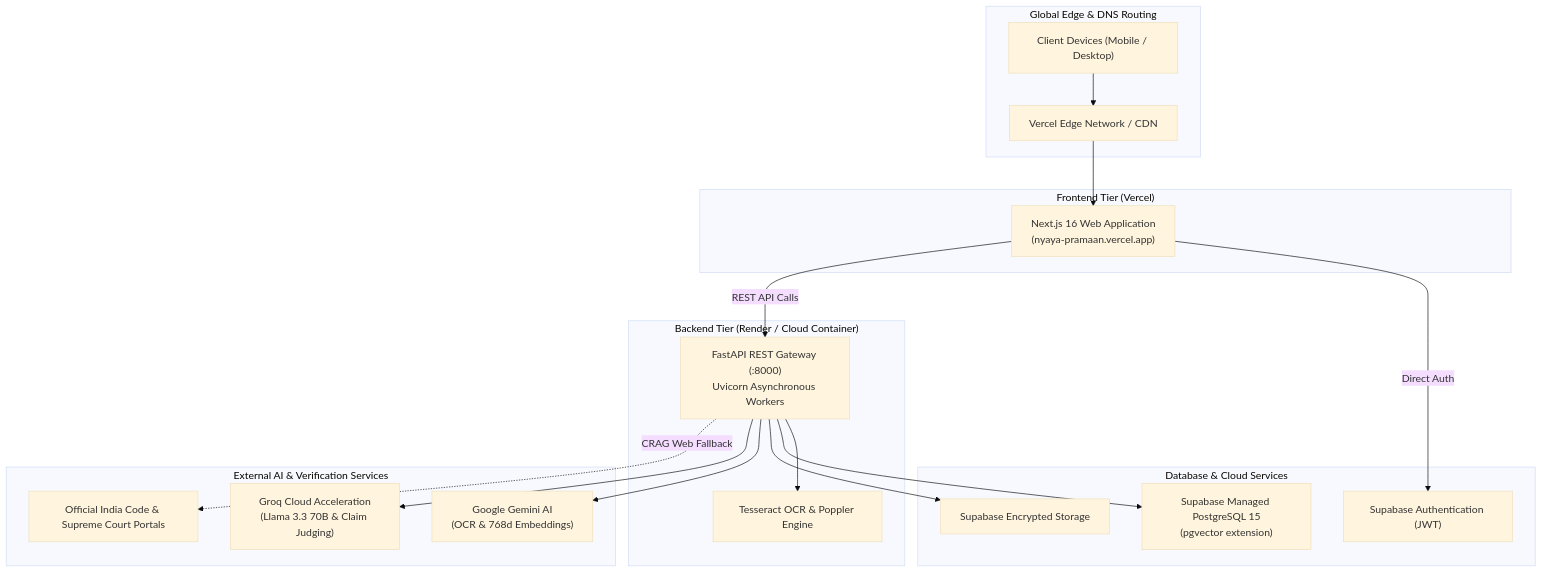
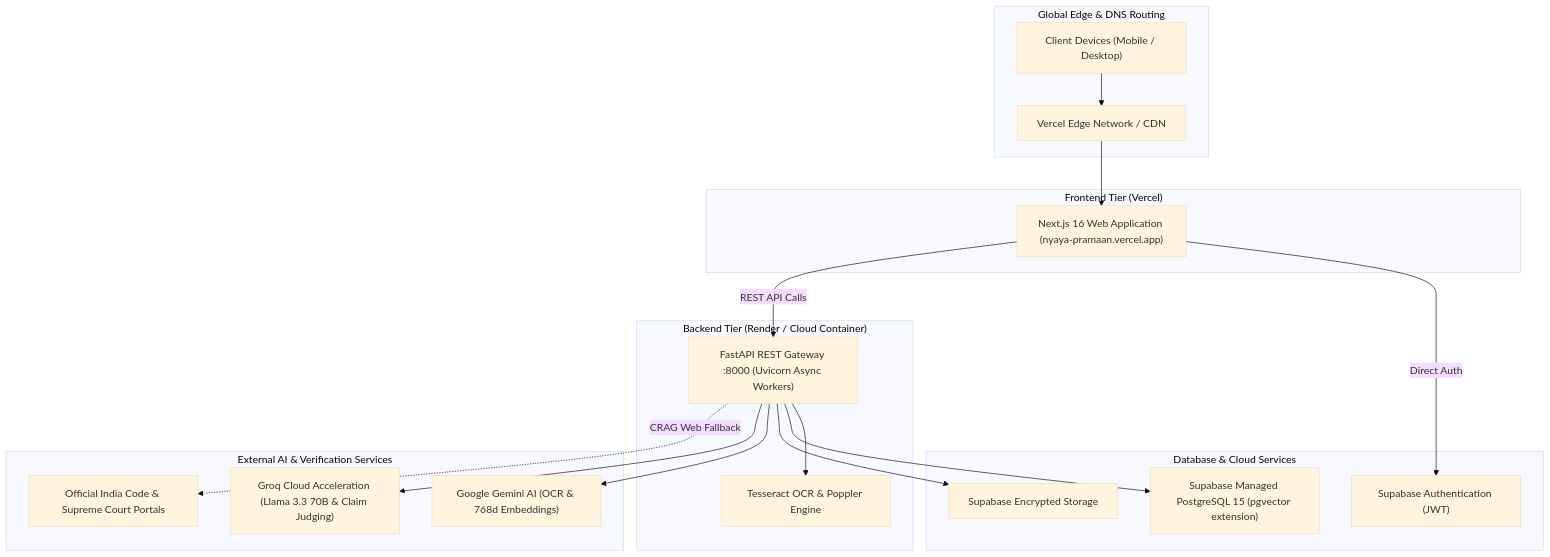
One commit to tanisha-64/NyayaPramaan changed the tenth of 10 diagrams in README.md. Above: the diagram before and after it, drawn with Mermaid (base theme). The commit also changed other lines of this file, not shown here.

Commit message:
docs: audit and fix all mermaid diagrams, security placeholders, and technical claims

````diff
--- a/README.md
+++ b/README.md
@@ -1155,39 +1182,39 @@
 ```mermaid
 flowchart TD
     subgraph EdgeDNS["Global Edge & DNS Routing"]
         UserDevice["Client Devices (Mobile / Desktop)"]
         VercelEdge["Vercel Edge Network / CDN"]
     end
 
     subgraph FrontendHosting["Frontend Tier (Vercel)"]
-        NextApp["Next.js 16 Web Application\n(nyaya-pramaan.vercel.app)"]
+        NextApp["Next.js 16 Web Application (nyaya-pramaan.vercel.app)"]
     end
 
     subgraph BackendHosting["Backend Tier (Render / Cloud Container)"]
-        FastAPIApp["FastAPI REST Gateway (:8000)\nUvicorn Asynchronous Workers"]
+        FastAPIApp["FastAPI REST Gateway :8000 (Uvicorn Async Workers)"]
         TesseractService["Tesseract OCR & Poppler Engine"]
     end
 
     subgraph DataCloud["Database & Cloud Services"]
         SupaAuth["Supabase Authentication (JWT)"]
-        SupaDB["Supabase Managed PostgreSQL 15\n(pgvector extension)"]
+        SupaDB["Supabase Managed PostgreSQL 15 (pgvector extension)"]
         SupaStorage["Supabase Encrypted Storage"]
     end
 
     subgraph ExternalAITier["External AI & Verification Services"]
-        GeminiAPI["Google Gemini AI\n(OCR & 768d Embeddings)"]
-        GroqAPI["Groq Cloud Acceleration\n(Llama 3.3 70B & Claim Judging)"]
+        GeminiAPI["Google Gemini AI (OCR & 768d Embeddings)"]
+        GroqAPI["Groq Cloud Acceleration (Llama 3.3 70B & Claim Judging)"]
         GovPortals["Official India Code & Supreme Court Portals"]
     end
 
     UserDevice --> VercelEdge --> NextApp
     NextApp -->|Direct Auth| SupaAuth
     NextApp -->|REST API Calls| FastAPIApp
     
     FastAPIApp --> TesseractService
     FastAPIApp --> SupaDB
     FastAPIApp --> SupaStorage
     FastAPIApp --> GeminiAPI
     FastAPIApp --> GroqAPI
     FastAPIApp -.->|CRAG Web Fallback| GovPortals
 ```
````
